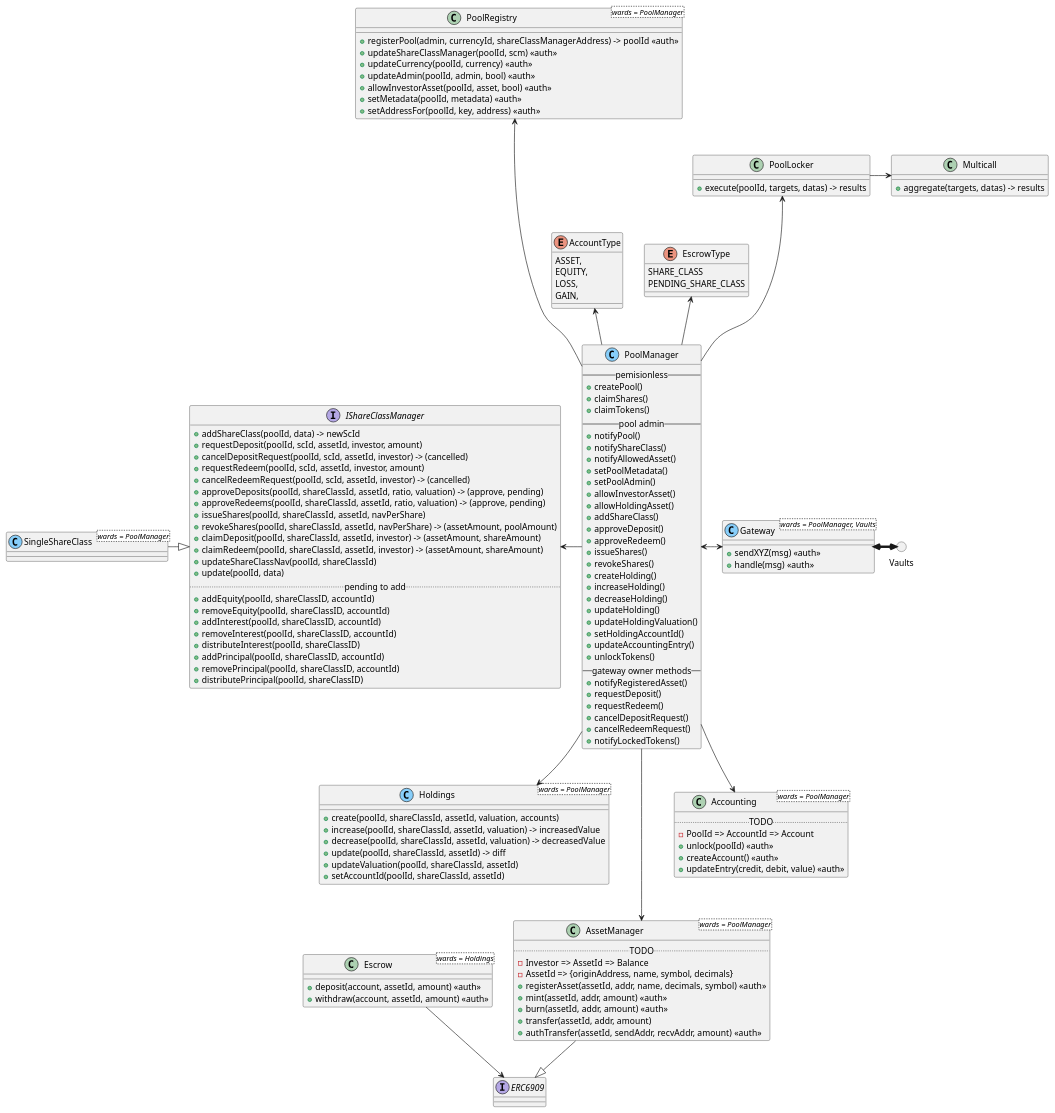
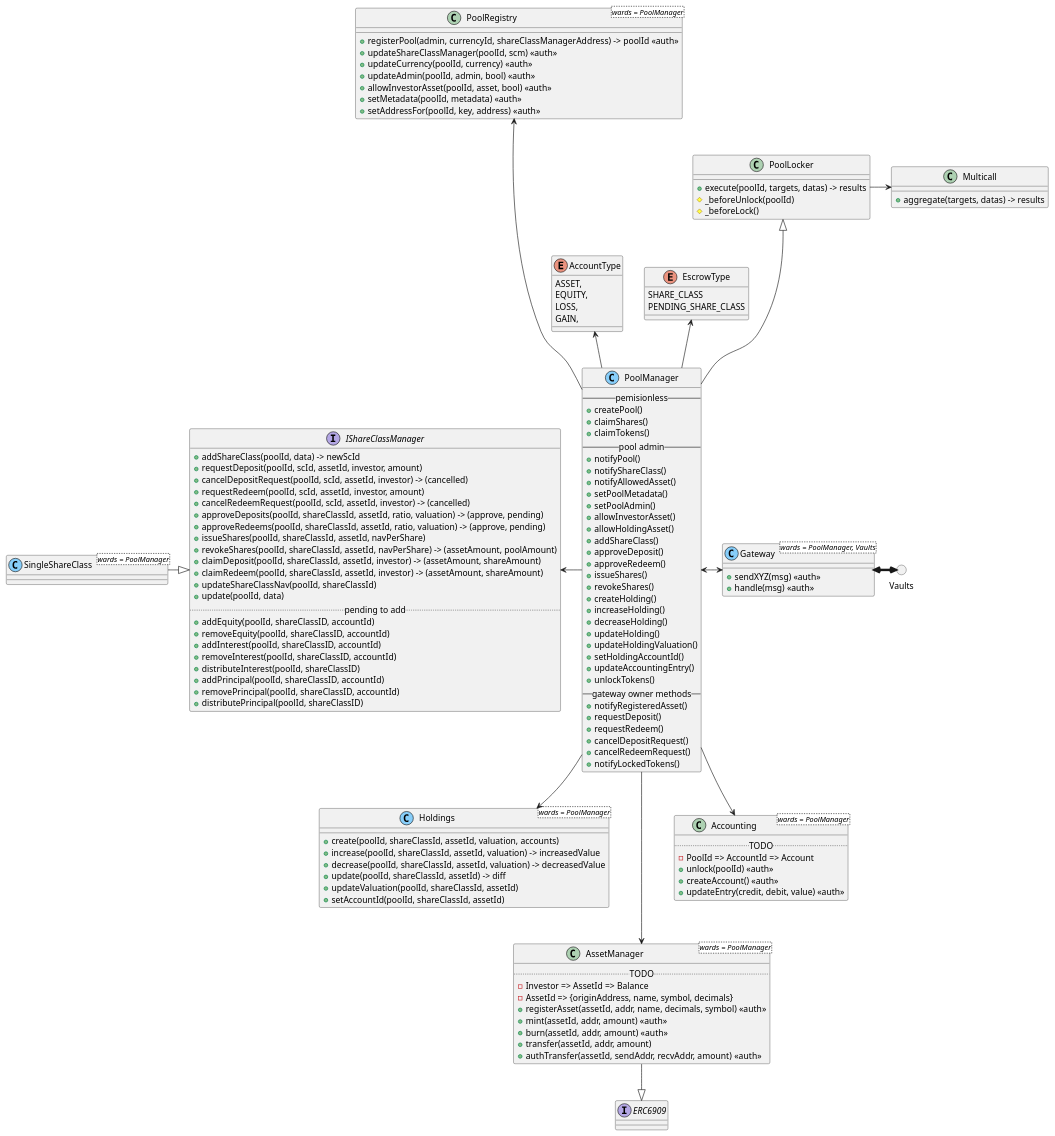
Before and after one commit to centrifuge/protocol: the diagram in docs/contract-diagram.puml, drawn with PlantUML.

Commit message:
apply fixes

```diff
--- a/docs/contract-diagram.puml
+++ b/docs/contract-diagram.puml
@@ -1,154 +1,150 @@
 @startuml
 circle Vaults
 
 interface ERC6909 {
 }
-
-class Escrow<wards = Holdings> {
-    + deposit(account, assetId, amount) <<auth>>
-    + withdraw(account, assetId, amount) <<auth>>
-}
-Escrow -down-> ERC6909
 
 class Holdings<wards = PoolManager> <<(C, lightskyblue)>> {
     + create(poolId, shareClassId, assetId, valuation, accounts)
     + increase(poolId, shareClassId, assetId, valuation) -> increasedValue
     + decrease(poolId, shareClassId, assetId, valuation) -> decreasedValue
     + update(poolId, shareClassId, assetId) -> diff
     + updateValuation(poolId, shareClassId, assetId)
     + setAccountId(poolId, shareClassId, assetId)
 }
 
 class AssetManager<wards = PoolManager> {
     .. TODO ..
     - Investor => AssetId => Balance
     - AssetId => {originAddress, name, symbol, decimals}
     + registerAsset(assetId, addr, name, decimals, symbol) <<auth>>
     + mint(assetId, addr, amount) <<auth>>
     + burn(assetId, addr, amount) <<auth>>
     + transfer(assetId, addr, amount)
     + authTransfer(assetId, sendAddr, recvAddr, amount) <<auth>>
 }
 AssetManager --|> ERC6909
 
 class PoolRegistry<wards = PoolManager> {
     + registerPool(admin, currencyId, shareClassManagerAddress) -> poolId <<auth>>
     + updateShareClassManager(poolId, scm) <<auth>>
     + updateCurrency(poolId, currency) <<auth>>
     + updateAdmin(poolId, admin, bool) <<auth>>
     + allowInvestorAsset(poolId, asset, bool) <<auth>>
     + setMetadata(poolId, metadata) <<auth>>
     + setAddressFor(poolId, key, address) <<auth>>
 }
 
 interface IShareClassManager {
     + addShareClass(poolId, data) -> newScId
     + requestDeposit(poolId, scId, assetId, investor, amount)
     + cancelDepositRequest(poolId, scId, assetId, investor) -> (cancelled)
     + requestRedeem(poolId, scId, assetId, investor, amount)
     + cancelRedeemRequest(poolId, scId, assetId, investor) -> (cancelled)
     + approveDeposits(poolId, shareClassId, assetId, ratio, valuation) -> (approve, pending)
     + approveRedeems(poolId, shareClassId, assetId, ratio, valuation) -> (approve, pending)
     + issueShares(poolId, shareClassId, assetId, navPerShare)
     + revokeShares(poolId, shareClassId, assetId, navPerShare) -> (assetAmount, poolAmount)
     + claimDeposit(poolId, shareClassId, assetId, investor) -> (assetAmount, shareAmount)
     + claimRedeem(poolId, shareClassId, assetId, investor) -> (assetAmount, shareAmount)
     + updateShareClassNav(poolId, shareClassId)
     + update(poolId, data)
     .. pending to add ..
     + addEquity(poolId, shareClassID, accountId)
     + removeEquity(poolId, shareClassID, accountId)
     + addInterest(poolId, shareClassID, accountId)
     + removeInterest(poolId, shareClassID, accountId)
     + distributeInterest(poolId, shareClassID)
     + addPrincipal(poolId, shareClassID, accountId)
     + removePrincipal(poolId, shareClassID, accountId)
     + distributePrincipal(poolId, shareClassID)
 }
 
 class SingleShareClass<wards = PoolManager> <<(C, lightskyblue)>>{ }
 SingleShareClass -down|> IShareClassManager
 
 class Accounting<wards = PoolManager> {
     .. TODO ..
     - PoolId => AccountId => Account
     + unlock(poolId) <<auth>>
     + createAccount() <<auth>>
     + updateEntry(credit, debit, value) <<auth>>
 }
 
 class Multicall {
     + aggregate(targets, datas) -> results
 }
 
 class PoolLocker {
     + execute(poolId, targets, datas) -> results
+    # _beforeUnlock(poolId)
+    # _beforeLock()
 }
 
 PoolLocker -right-> Multicall
 
 enum EscrowType {
     SHARE_CLASS
     PENDING_SHARE_CLASS
 }
 
 enum AccountType {
     ASSET,
     EQUITY,
     LOSS,
     GAIN,
 }
 
 class PoolManager <<(C, lightskyblue)>> {
     -- pemisionless --
     + createPool()
     + claimShares()
     + claimTokens()
     -- pool admin --
     + notifyPool()
     + notifyShareClass()
     + notifyAllowedAsset()
     + setPoolMetadata()
     + setPoolAdmin()
     + allowInvestorAsset()
     + allowHoldingAsset()
     + addShareClass()
     + approveDeposit()
     + approveRedeem()
     + issueShares()
     + revokeShares()
     + createHolding()
     + increaseHolding()
     + decreaseHolding()
     + updateHolding()
     + updateHoldingValuation()
     + setHoldingAccountId()
     + updateAccountingEntry()
     + unlockTokens()
     -- gateway owner methods --
     + notifyRegisteredAsset()
     + requestDeposit()
     + requestRedeem()
     + cancelDepositRequest()
     + cancelRedeemRequest()
     + notifyLockedTokens()
 }
 
-PoolManager -up--> PoolLocker
+PoolManager -up--|> PoolLocker
 PoolManager -up-> EscrowType
 PoolManager -up-> AccountType
 PoolManager -up---> PoolRegistry
 PoolManager -left-> IShareClassManager
 PoolManager -down->Accounting
 PoolManager -down-->AssetManager
 PoolManager -down-> Holdings
 
 class Gateway<wards = PoolManager, Vaults> <<(C, lightskyblue)>> {
     + sendXYZ(msg) <<auth>>
     + handle(msg) <<auth>>
 }
 
 Gateway <-[thickness=4]right-> Vaults
 Gateway <-left-> PoolManager
 
 @enduml
```
